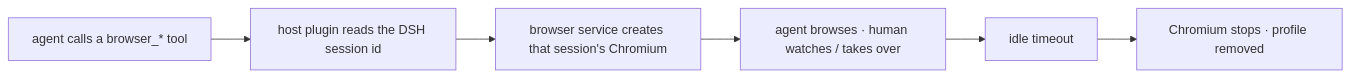
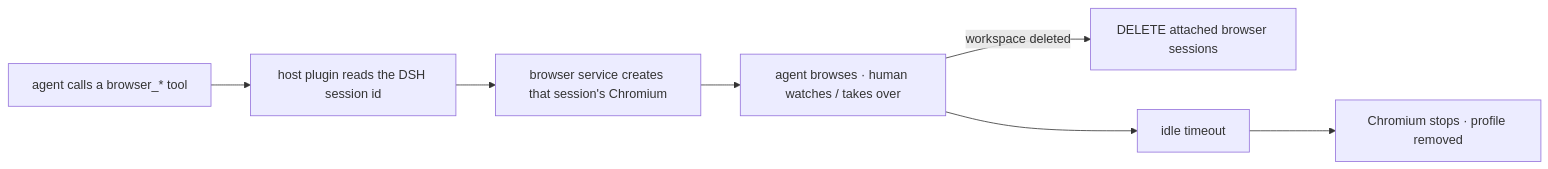
Before and after one commit to codeadeel/dsh-browser: the second of 6 diagrams in docs/architecture.md, drawn with Mermaid. The commit also changed other lines of this file and 7 other files, not shown here.

Commit message:
Close browser sessions when a workspace is deleted

````diff
--- a/docs/architecture.md
+++ b/docs/architecture.md
@@ -57,8 +60,9 @@
 ```mermaid
 flowchart LR
   A["agent calls a browser_* tool"] --> B["host plugin reads the DSH session id"]
   B --> C["browser service creates that session's Chromium"]
   C --> D["agent browses · human watches / takes over"]
+  D -->|"workspace deleted"| G["DELETE attached browser sessions"]
   D --> E["idle timeout"]
   E --> F["Chromium stops · profile removed"]
 ```
````
